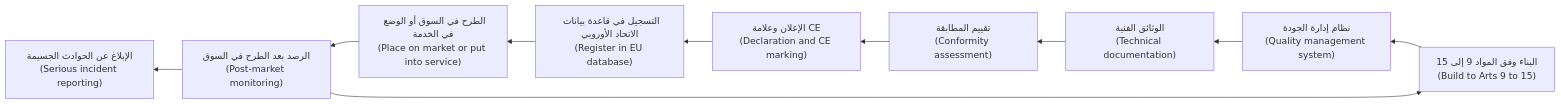
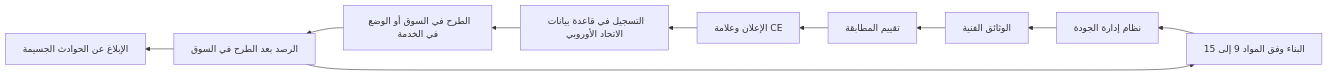
The second of 2 diagrams in aigp/modules/06-eu-ai-act.ar.md (Tamoura/system-design-for-vibe-coders), drawn with Mermaid before and after one commit. The commit also changed other lines of this file and 551 other files, not shown here.

````diff
--- a/aigp/modules/06-eu-ai-act.ar.md
+++ b/aigp/modules/06-eu-ai-act.ar.md
@@ -340,12 +340,12 @@
 ```mermaid
 flowchart RL
-  A["البناء وفق المواد 9 إلى 15<br/>(Build to Arts 9 to 15)"] --> B["نظام إدارة الجودة<br/>(Quality management system)"]
-  B --> C["الوثائق الفنية<br/>(Technical documentation)"]
-  C --> D["تقييم المطابقة<br/>(Conformity assessment)"]
-  D --> E["الإعلان وعلامة CE<br/>(Declaration and CE marking)"]
-  E --> F["التسجيل في قاعدة بيانات الاتحاد الأوروبي<br/>(Register in EU database)"]
-  F --> G["الطرح في السوق أو الوضع في الخدمة<br/>(Place on market or put into service)"]
-  G --> H["الرصد بعد الطرح في السوق<br/>(Post-market monitoring)"]
-  H --> I["الإبلاغ عن الحوادث الجسيمة<br/>(Serious incident reporting)"]
+  A["البناء وفق المواد 9 إلى 15"] --> B["نظام إدارة الجودة"]
+  B --> C["الوثائق الفنية"]
+  C --> D["تقييم المطابقة"]
+  D --> E["الإعلان وعلامة CE"]
+  E --> F["التسجيل في قاعدة بيانات الاتحاد الأوروبي"]
+  F --> G["الطرح في السوق أو الوضع في الخدمة"]
+  G --> H["الرصد بعد الطرح في السوق"]
+  H --> I["الإبلاغ عن الحوادث الجسيمة"]
   H --> A
 ```
````
